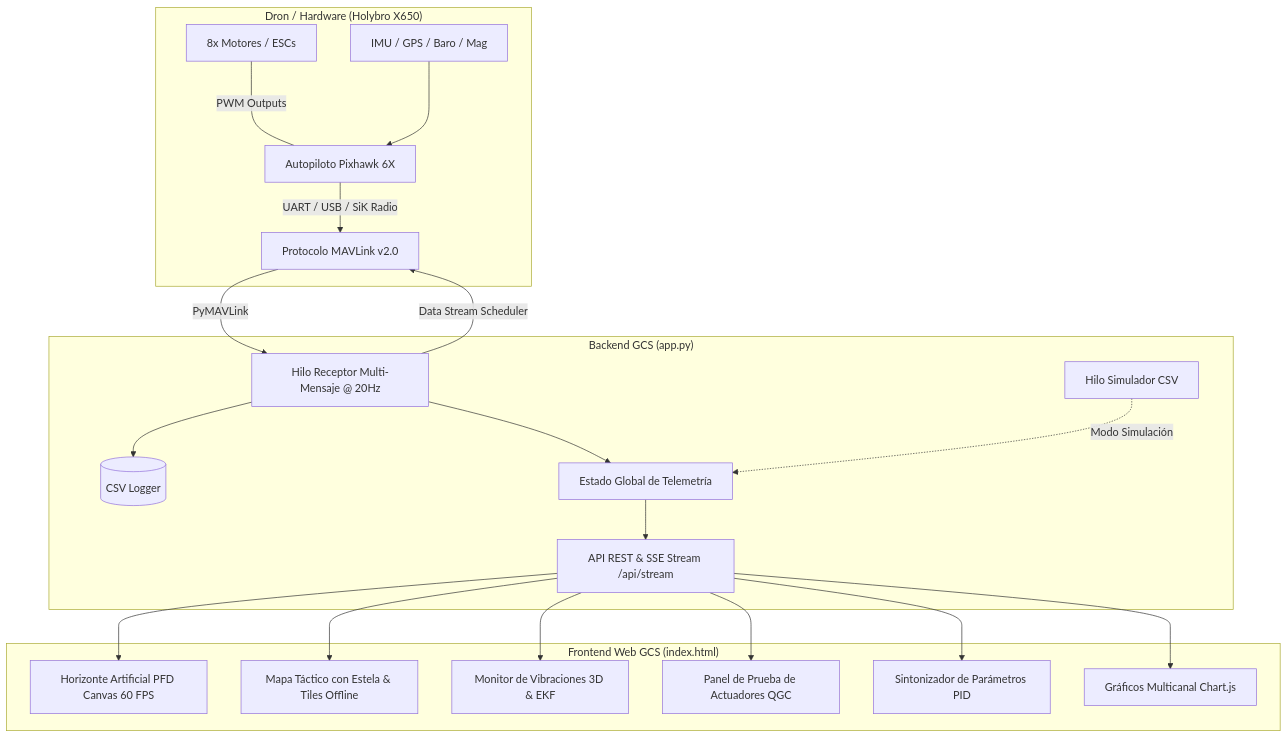
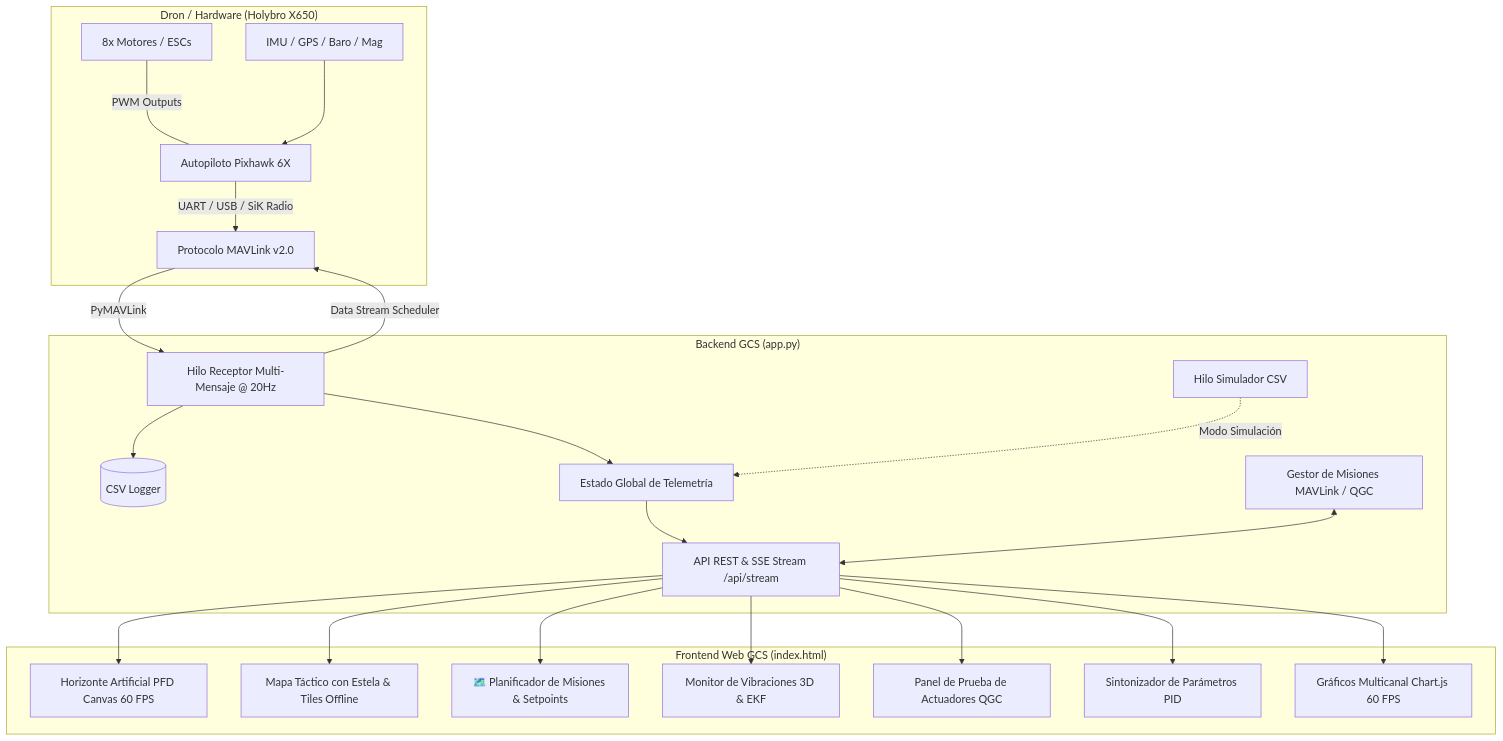
The diagram in README.md (Javiermoralesubo/Telemetria_Holybro_x650), drawn with Mermaid before and after one commit. The commit also changed other lines of this file and 1 other file, not shown here.

````diff
--- a/README.md
+++ b/README.md
@@ -23,26 +23,28 @@
 ```mermaid
 graph TD
     subgraph "Dron / Hardware (Holybro X650)"
         PH[Autopiloto Pixhawk 6X] -->|UART / USB / SiK Radio| MAV[Protocolo MAVLink v2.0]
         MOT[8x Motores / ESCs] <---|PWM Outputs| PH
         SENS[IMU / GPS / Baro / Mag] ---> PH
     end
 
     subgraph "Backend GCS (app.py)"
         MAV -->|PyMAVLink| REC[Hilo Receptor Multi-Mensaje @ 20Hz]
         REC -->|Data Stream Scheduler| MAV
         REC --> LOG[(CSV Logger)]
         REC --> STATE[Estado Global de Telemetría]
         SIM[Hilo Simulador CSV] -.->|Modo Simulación| STATE
         STATE --> API[API REST & SSE Stream /api/stream]
+        MISSION[Gestor de Misiones MAVLink / QGC] <--> API
     end
 
     subgraph "Frontend Web GCS (index.html)"
         API --> PFD[Horizonte Artificial PFD Canvas 60 FPS]
         API --> MAP[Mapa Táctico con Estela & Tiles Offline]
+        API --> PLANNER[🗺️ Planificador de Misiones & Setpoints]
         API --> VIBE[Monitor de Vibraciones 3D & EKF]
         API --> ACT[Panel de Prueba de Actuadores QGC]
         API --> PID[Sintonizador de Parámetros PID]
-        API --> CHART[Gráficos Multicanal Chart.js]
+        API --> CHART[Gráficos Multicanal Chart.js 60 FPS]
     end
 ```
````
